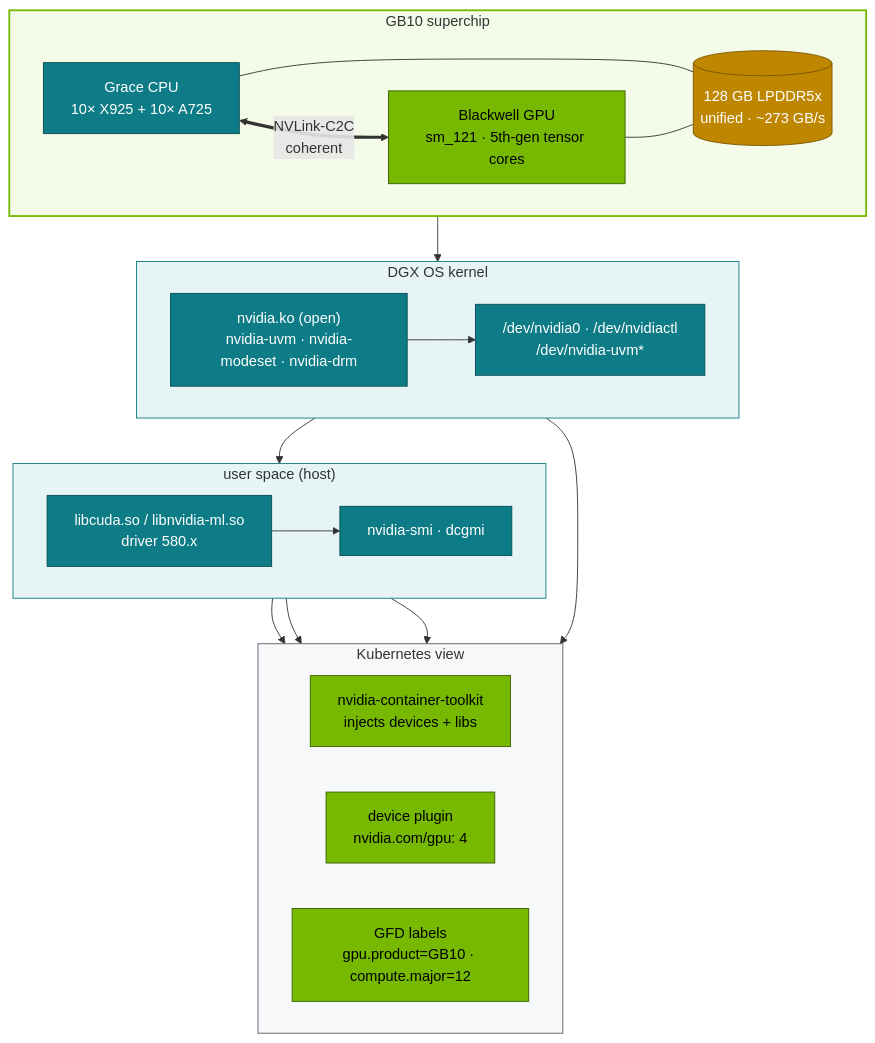
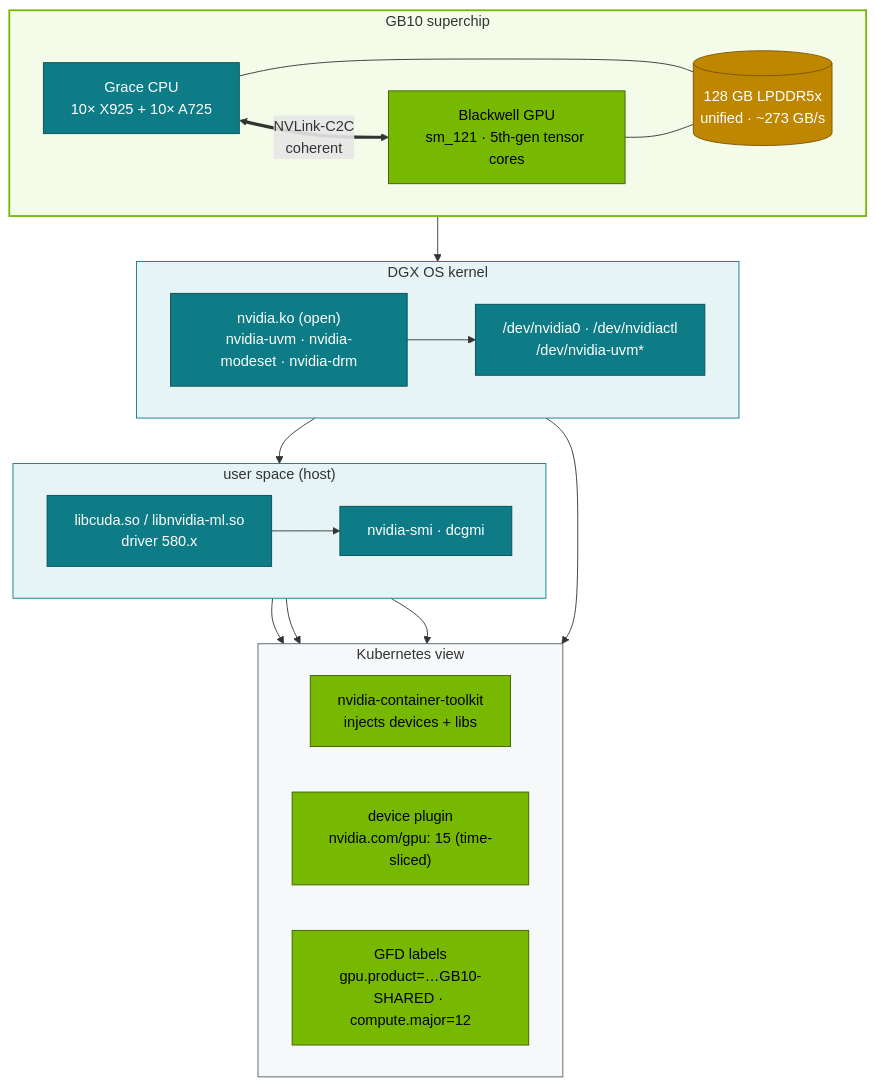
The diagram in 02 Kubernetes/13-nvidia-hardware-and-driver-stack.md (cloudone365/technical-depth), drawn with Mermaid before and after one commit. The commit also changed other lines of this file and 53 other files, not shown here.

````diff
--- a/02 Kubernetes/13-nvidia-hardware-and-driver-stack.md
+++ b/02 Kubernetes/13-nvidia-hardware-and-driver-stack.md
@@ -36,43 +37,43 @@
 ```mermaid
 flowchart TB
   subgraph PKG["GB10 superchip"]
     direction LR
     CPU["Grace CPU<br/>10× X925 + 10× A725"] <== "NVLink-C2C<br/>coherent" ==> GPU["Blackwell GPU<br/>sm_121 · 5th-gen tensor cores"]
     MEM[("128 GB LPDDR5x<br/>unified · ~273 GB/s")]
     CPU --- MEM
     GPU --- MEM
   end
   subgraph KERNEL["DGX OS kernel"]
     direction LR
     KM["nvidia.ko (open)<br/>nvidia-uvm · nvidia-modeset · nvidia-drm"]
     DEV["/dev/nvidia0 · /dev/nvidiactl<br/>/dev/nvidia-uvm*"]
   end
   subgraph USER["user space (host)"]
     direction LR
     LIB["libcuda.so / libnvidia-ml.so<br/>driver 580.x"]
     SMI["nvidia-smi · dcgmi"]
   end
   subgraph K8S["Kubernetes view"]
     direction LR
     CTK["nvidia-container-toolkit<br/>injects devices + libs"]
-    DP["device plugin<br/>nvidia.com/gpu: 4"]
-    GFD["GFD labels<br/>gpu.product=GB10 · compute.major=12"]
+    DP["device plugin<br/>nvidia.com/gpu: 15 (time-sliced)"]
+    GFD["GFD labels<br/>gpu.product=…GB10-SHARED · compute.major=12"]
   end
   GPU --> KM --> DEV
   KM --> LIB --> SMI
   DEV --> CTK
   LIB --> CTK
   LIB --> DP
   LIB --> GFD
   classDef gpu fill:#76b900,stroke:#3d6000,color:#000
   classDef node fill:#0e7c86,stroke:#064e54,color:#fff
   classDef ctrl fill:#1f6feb,stroke:#0b3d91,color:#fff
   classDef store fill:#bf8700,stroke:#7a5600,color:#fff
   class GPU,CTK,DP,GFD gpu
   class CPU,KM,DEV,LIB,SMI node
   class MEM store
   style PKG fill:#f4fbe8,stroke:#76b900,stroke-width:2px
   style KERNEL fill:#e6f4f5,stroke:#0e7c86
   style USER fill:#e6f4f5,stroke:#0e7c86
   style K8S fill:#f6f8fa,stroke:#57606a
 ```
````
